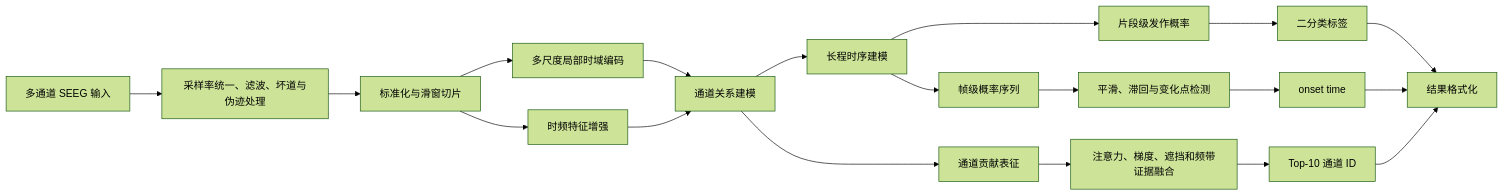
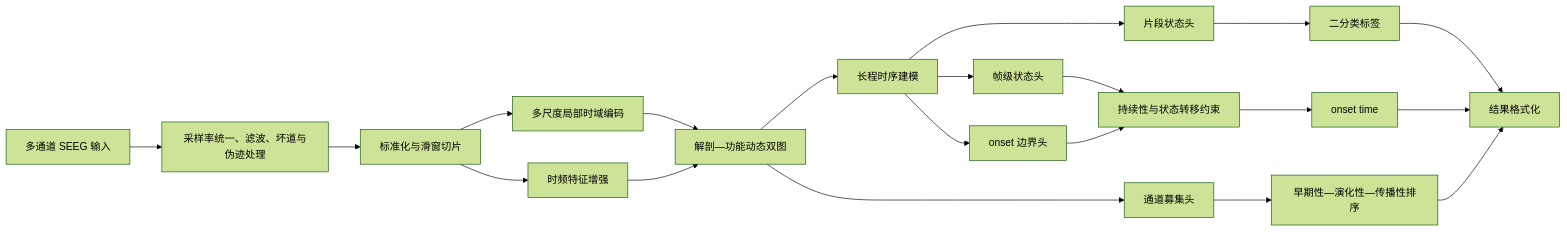
One commit to Kuririn86/SEEG changed the diagram in SEEG癫痫发作状态智能检测算法方案_ACEHolix.md. Above: the diagram before and after it, drawn with Mermaid (forest theme). The commit also changed other lines of this file, not shown here.

````diff
--- a/SEEG癫痫发作状态智能检测算法方案_ACEHolix.md
+++ b/SEEG癫痫发作状态智能检测算法方案_ACEHolix.md
@@ -31,21 +31,22 @@
 ```mermaid
 flowchart LR
     A["多通道 SEEG 输入"] --> B["采样率统一、滤波、坏道与伪迹处理"]
     B --> C["标准化与滑窗切片"]
     C --> D["多尺度局部时域编码"]
     C --> E["时频特征增强"]
-    D --> F["通道关系建模"]
+    D --> F["解剖—功能动态双图"]
     E --> F
     F --> G["长程时序建模"]
-    G --> H["片段级发作概率"]
-    G --> I["帧级概率序列"]
-    F --> J["通道贡献表征"]
-    I --> K["平滑、滞回与变化点检测"]
-    J --> L["注意力、梯度、遮挡和频带证据融合"]
+    G --> H["片段状态头"]
+    G --> I["帧级状态头"]
+    G --> J["onset 边界头"]
+    F --> K["通道募集头"]
+    I --> L["持续性与状态转移约束"]
+    J --> L
+    K --> O["早期性—演化性—传播性排序"]
     H --> M["二分类标签"]
-    K --> N["onset time"]
-    L --> O["Top-10 通道 ID"]
+    L --> N["onset time"]
     M --> P["结果格式化"]
     N --> P
     O --> P
 ```
````
